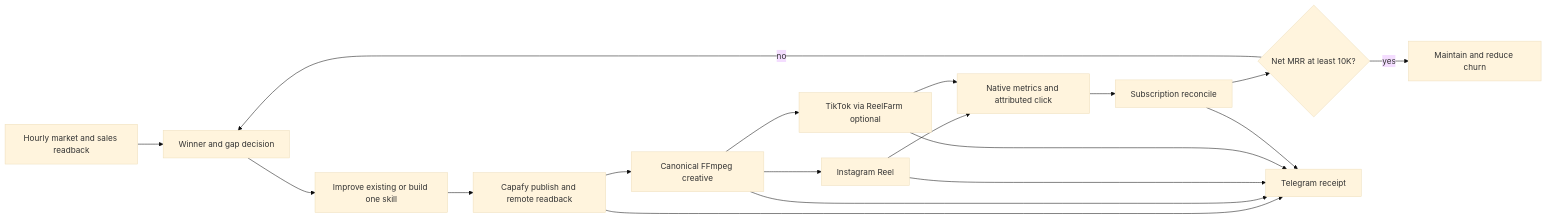
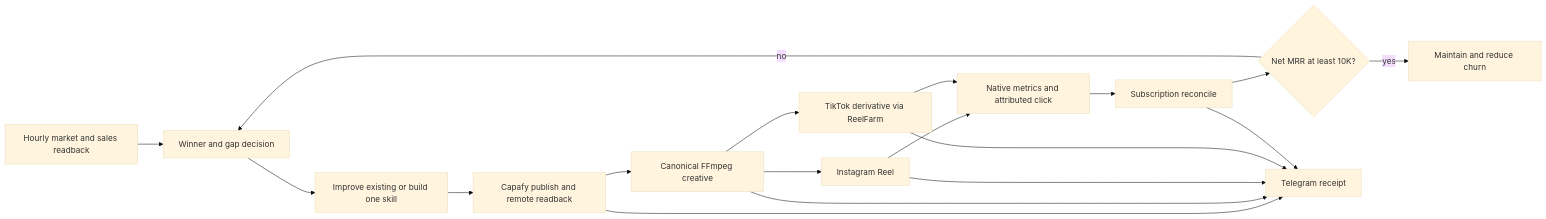
The second of 3 diagrams in specs/29-CAPAFY-10K-MRR-CLOSED-LOOP.md (Daisuke134/anicca), drawn with Mermaid (base theme) before and after one commit. The commit also changed other lines of this file, not shown here.

````diff
--- a/specs/29-CAPAFY-10K-MRR-CLOSED-LOOP.md
+++ b/specs/29-CAPAFY-10K-MRR-CLOSED-LOOP.md
@@ -40,20 +100,20 @@
 ```mermaid
 flowchart LR
   S[Hourly market and sales readback] --> D[Winner and gap decision]
   D --> B[Improve existing or build one skill]
   B --> P[Capafy publish and remote readback]
   P --> V[Canonical FFmpeg creative]
   V --> I[Instagram Reel]
-  V --> T[TikTok via ReelFarm optional]
+  V --> T[TikTok derivative via ReelFarm]
   I --> M[Native metrics and attributed click]
   T --> M
   M --> R[Subscription reconcile]
   R --> G{Net MRR at least 10K?}
   G -- no --> D
   G -- yes --> K[Maintain and reduce churn]
   P --> TG[Telegram receipt]
   V --> TG
   I --> TG
   T --> TG
   R --> TG
 ```
````
